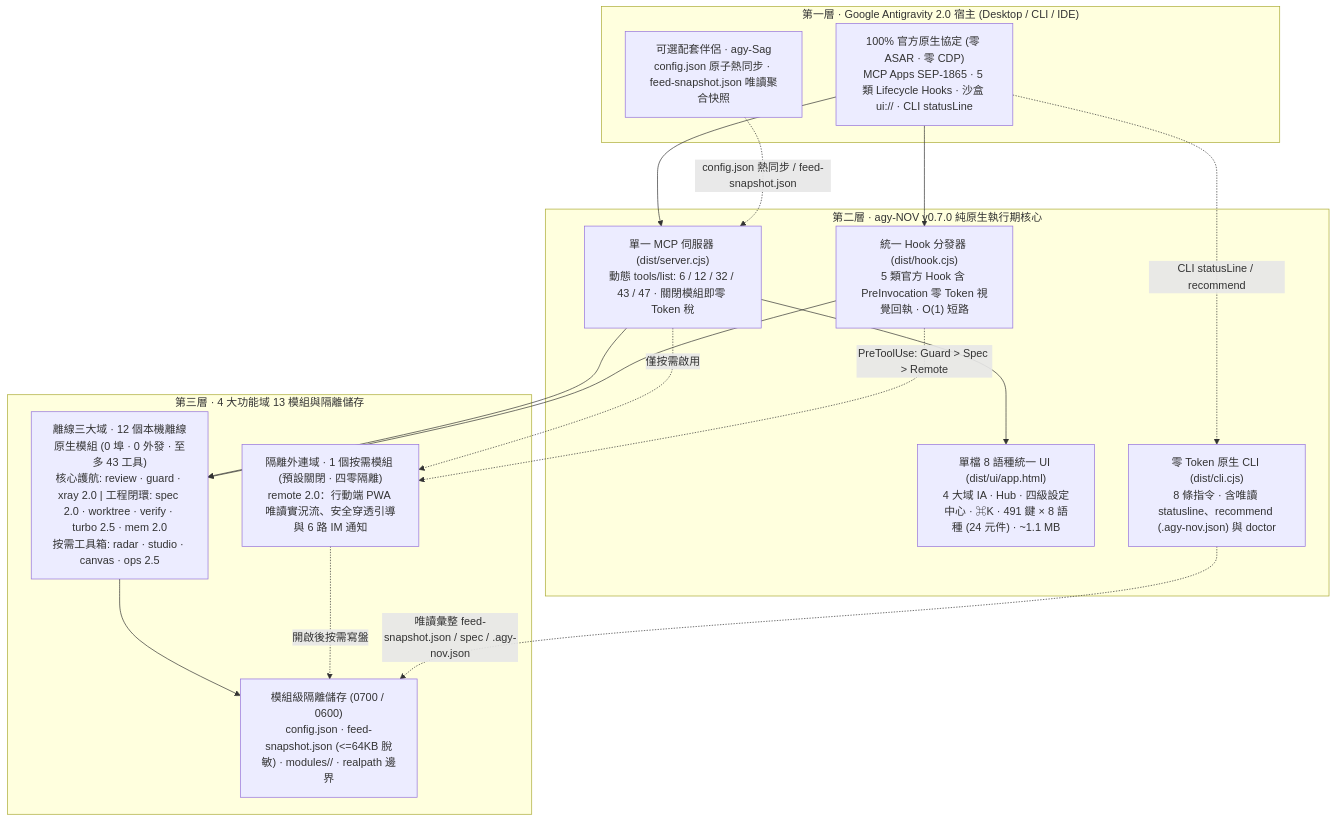
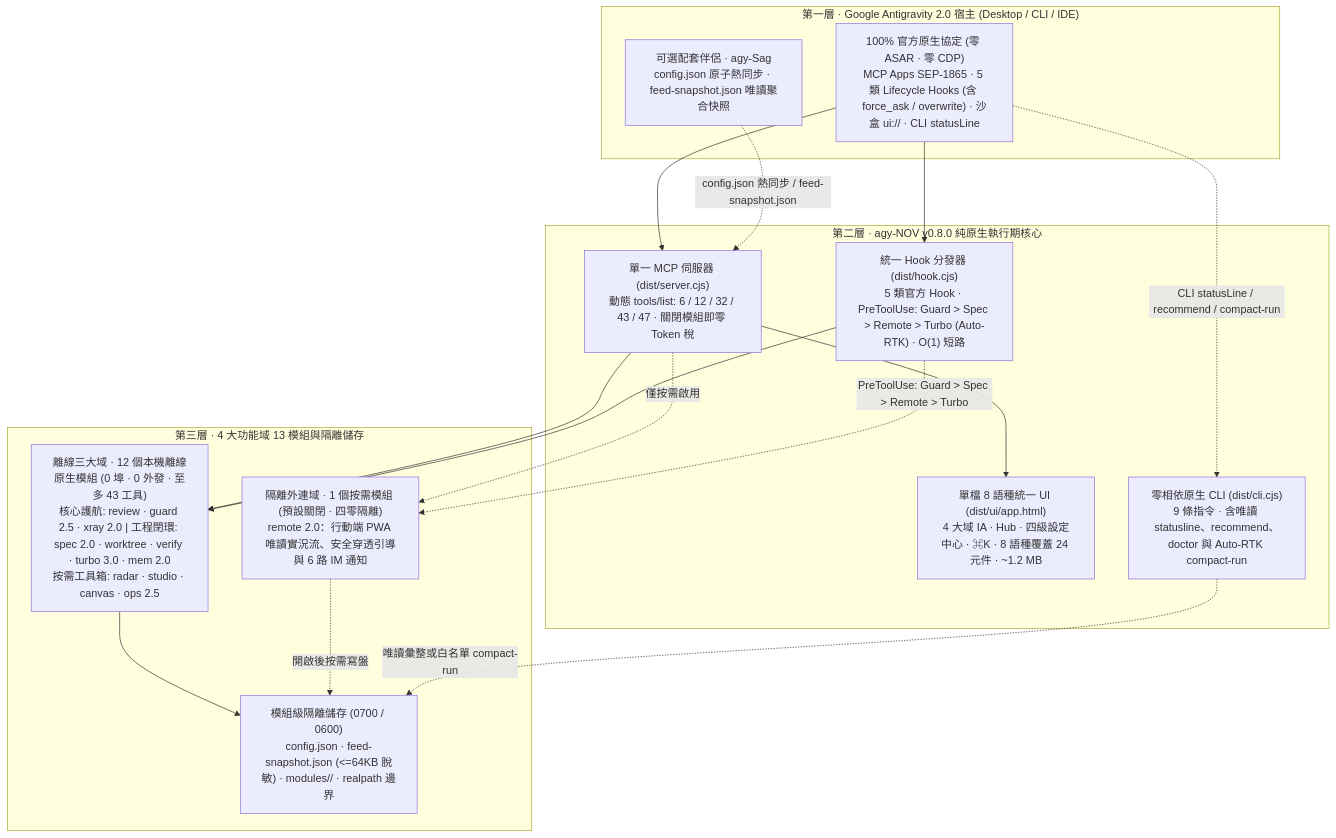
Before and after one commit to tone-leh/agy-NOV: the diagram in docs/i18n/README.zh-TW.md, drawn with Mermaid. The commit also changed other lines of this file and 47 other files, not shown here.

Commit message:
release: v0.8.0 — Auto-RTK overwrite proxy, Turbo 3.0 offline dep contracts/references/context pack & Guard 2.5 turn rewind/permission modes

````diff
--- a/docs/i18n/README.zh-TW.md
+++ b/docs/i18n/README.zh-TW.md
@@ -220,33 +215,33 @@
 ```mermaid
 flowchart TB
   subgraph L1["第一層 · Google Antigravity 2.0 宿主 (Desktop / CLI / IDE)"]
-    Host["100% 官方原生協定 (零 ASAR · 零 CDP)\nMCP Apps SEP-1865 · 5 類 Lifecycle Hooks · 沙盒 ui:// · CLI statusLine"]
+    Host["100% 官方原生協定 (零 ASAR · 零 CDP)\nMCP Apps SEP-1865 · 5 類 Lifecycle Hooks (含 force_ask / overwrite) · 沙盒 ui:// · CLI statusLine"]
     Sag["可選配套伴侶 · agy-Sag\nconfig.json 原子熱同步 · feed-snapshot.json 唯讀聚合快照"]
   end
 
-  subgraph L2["第二層 · agy-NOV v0.7.0 純原生執行期核心"]
+  subgraph L2["第二層 · agy-NOV v0.8.0 純原生執行期核心"]
     MCP["單一 MCP 伺服器 (dist/server.cjs)\n動態 tools/list: 6 / 12 / 32 / 43 / 47 · 關閉模組即零 Token 稅"]
-    Hook["統一 Hook 分發器 (dist/hook.cjs)\n5 類官方 Hook 含 PreInvocation 零 Token 視覺回執 · O(1) 短路"]
-    UI["單檔 8 語種統一 UI (dist/ui/app.html)\n4 大域 IA · Hub · 四級設定中心 · ⌘K · 491 鍵 × 8 語種 (24 元件) · ~1.1 MB"]
-    CLI["零 Token 原生 CLI (dist/cli.cjs)\n8 條指令 · 含唯讀 statusline、recommend (.agy-nov.json) 與 doctor"]
+    Hook["統一 Hook 分發器 (dist/hook.cjs)\n5 類官方 Hook · PreToolUse: Guard > Spec > Remote > Turbo (Auto-RTK) · O(1) 短路"]
+    UI["單檔 8 語種統一 UI (dist/ui/app.html)\n4 大域 IA · Hub · 四級設定中心 · ⌘K · 8 語種覆蓋 24 元件 · ~1.2 MB"]
+    CLI["零相依原生 CLI (dist/cli.cjs)\n9 條指令 · 含唯讀 statusline、recommend、doctor 與 Auto-RTK compact-run"]
   end
 
   subgraph L3["第三層 · 4 大功能域 13 模組與隔離儲存"]
-    T1["離線三大域 · 12 個本機離線原生模組 (0 埠 · 0 外發 · 至多 43 工具)\n核心護航: review · guard · xray 2.0 | 工程閉環: spec 2.0 · worktree · verify · turbo 2.5 · mem 2.0\n按需工具箱: radar · studio · canvas · ops 2.5"]
+    T1["離線三大域 · 12 個本機離線原生模組 (0 埠 · 0 外發 · 至多 43 工具)\n核心護航: review · guard 2.5 · xray 2.0 | 工程閉環: spec 2.0 · worktree · verify · turbo 3.0 · mem 2.0\n按需工具箱: radar · studio · canvas · ops 2.5"]
     T2R["隔離外連域 · 1 個按需模組 (預設關閉 · 四零隔離)\nremote 2.0：行動端 PWA 唯讀實況流、安全穿透引導與 6 路 IM 通知"]
     Store["模組級隔離儲存 (0700 / 0600)\nconfig.json · feed-snapshot.json (<=64KB 脫敏) · modules/<id>/ · realpath 邊界"]
   end
 
   Host --> MCP
   Host --> Hook
-  Host -. "CLI statusLine / recommend" .-> CLI
+  Host -. "CLI statusLine / recommend / compact-run" .-> CLI
   Sag -. "config.json 熱同步 / feed-snapshot.json" .-> MCP
   MCP --> UI
   MCP --> T1
   MCP -. "僅按需啟用" .-> T2R
   Hook --> T1
-  Hook -. "PreToolUse: Guard > Spec > Remote" .-> T2R
+  Hook -. "PreToolUse: Guard > Spec > Remote > Turbo" .-> T2R
   T1 --> Store
   T2R -. "開啟後按需寫盤" .-> Store
-  CLI -. "唯讀彙整 feed-snapshot.json / spec / .agy-nov.json" .-> Store
+  CLI -. "唯讀彙整或白名單 compact-run" .-> Store
 ```
````
